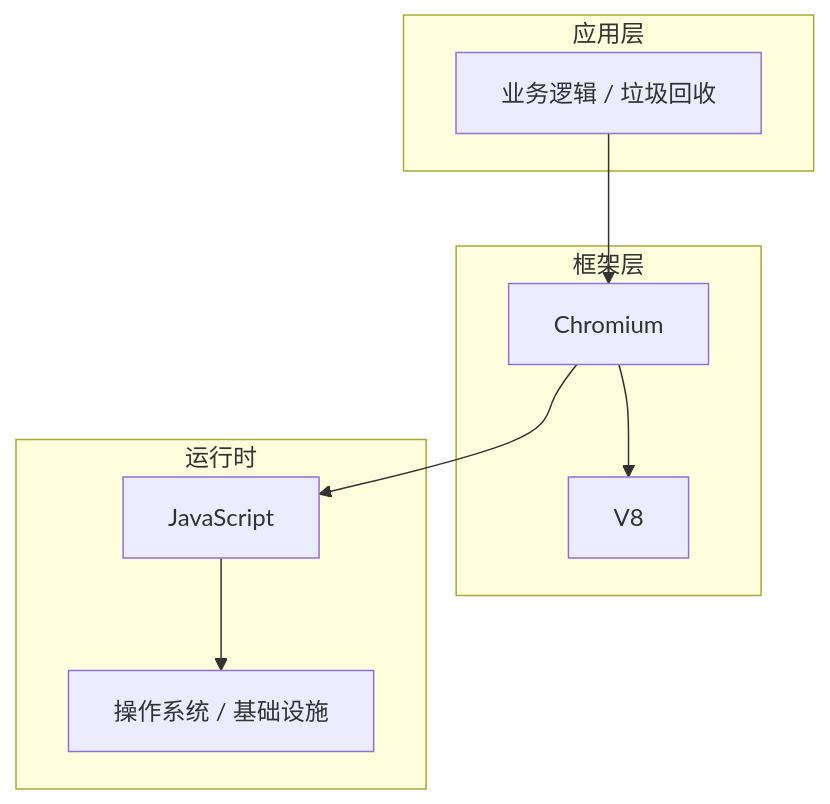
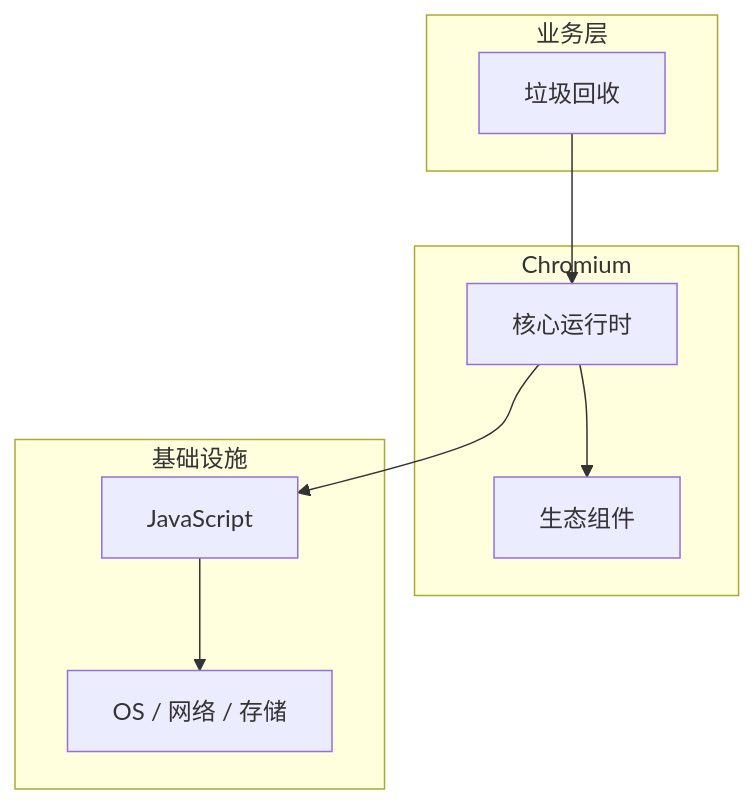
The diagram in articles/浏览器原理/chapters/049-垃圾回收核心概念与原理.md (yanggan2015/knowledge-json-v2), drawn with Mermaid before and after one commit. The commit also changed other lines of this file and 10127 other files, not shown here.

````diff
--- a/articles/浏览器原理/chapters/049-垃圾回收核心概念与原理.md
+++ b/articles/浏览器原理/chapters/049-垃圾回收核心概念与原理.md
@@ -45,18 +34,18 @@
 ```mermaid
 graph TB
-    subgraph 应用层
-        A[业务逻辑 / 垃圾回收]
+    subgraph 业务层
+        A[垃圾回收]
     end
-    subgraph 框架层
-        B[Chromium]
-        C[V8]
+    subgraph Chromium
+        B[核心运行时]
+        C[生态组件]
     end
-    subgraph 运行时
+    subgraph 基础设施
         D[JavaScript]
-        E[操作系统 / 基础设施]
+        E[OS / 网络 / 存储]
     end
     A --> B
     B --> C
     B --> D
     D --> E
 ```
````
